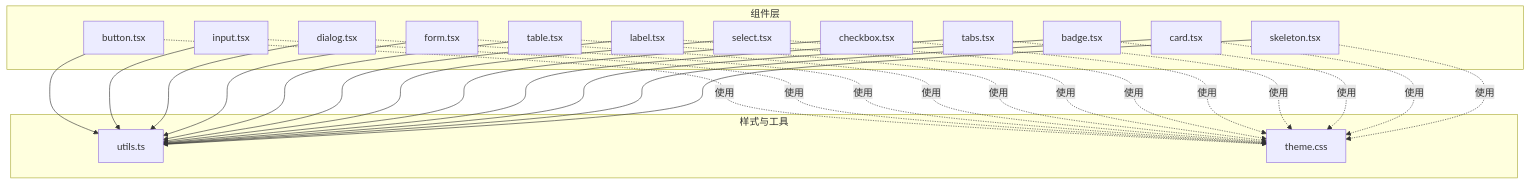
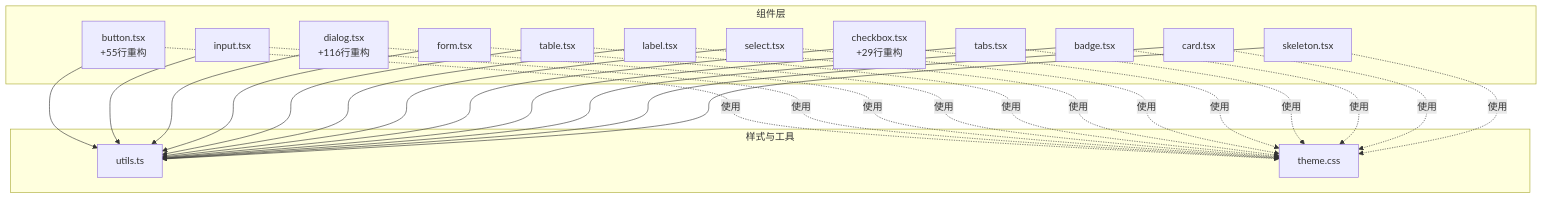
The first of 3 diagrams in .qoder/repowiki/zh/content/UI组件库/UI组件库.md (chinak/permission_apply), drawn with Mermaid before and after one commit. The commit also changed other lines of this file and 94 other files, not shown here.

````diff
--- a/.qoder/repowiki/zh/content/UI组件库/UI组件库.md
+++ b/.qoder/repowiki/zh/content/UI组件库/UI组件库.md
@@ -40,45 +49,45 @@
 ```mermaid
 graph TB
 subgraph "组件层"
-A["button.tsx"]
+A["button.tsx<br/>+55行重构"]
 B["input.tsx"]
-C["dialog.tsx"]
+C["dialog.tsx<br/>+116行重构"]
 D["form.tsx"]
 E["table.tsx"]
 F["label.tsx"]
 G["select.tsx"]
-H["checkbox.tsx"]
+H["checkbox.tsx<br/>+29行重构"]
 I["tabs.tsx"]
 J["badge.tsx"]
 K["card.tsx"]
 L["skeleton.tsx"]
 end
 subgraph "样式与工具"
 U["utils.ts"]
 T["theme.css"]
 end
 A --> U
 B --> U
 C --> U
 D --> U
 E --> U
 F --> U
 G --> U
 H --> U
 I --> U
 J --> U
 K --> U
 L --> U
 A -. 使用 .-> T
 B -. 使用 .-> T
 C -. 使用 .-> T
 D -. 使用 .-> T
 E -. 使用 .-> T
 F -. 使用 .-> T
 G -. 使用 .-> T
 H -. 使用 .-> T
 I -. 使用 .-> T
 J -. 使用 .-> T
 K -. 使用 .-> T
 L -. 使用 .-> T
 ```
````
